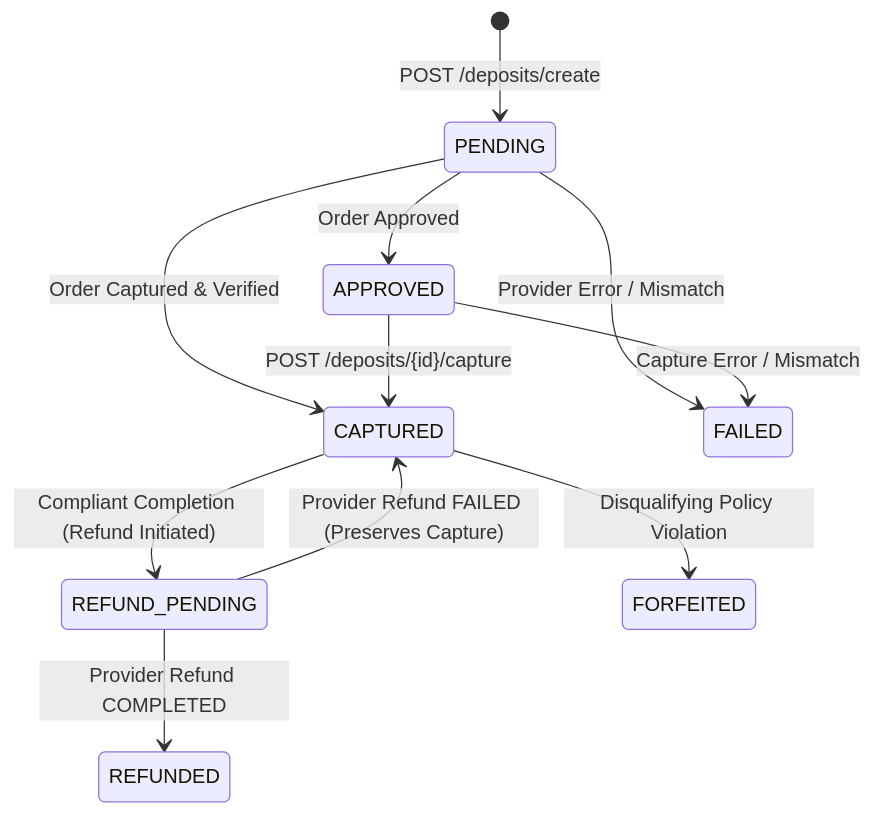
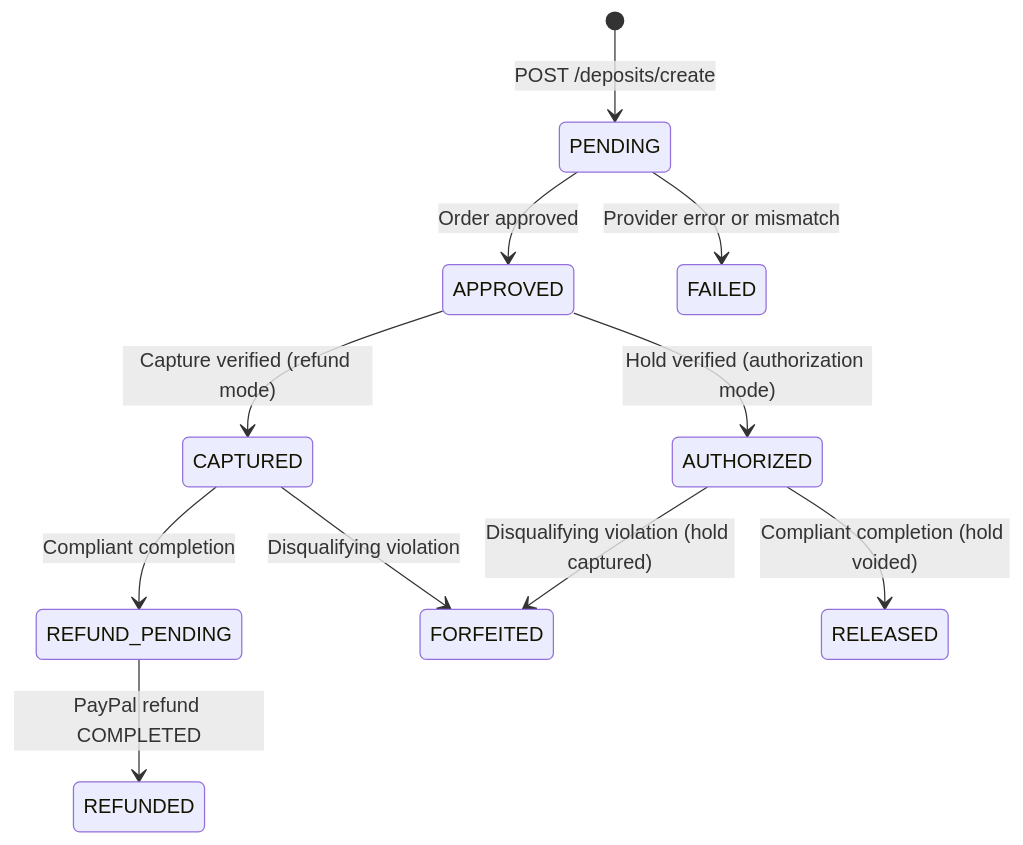
Before and after one commit to sartech-labs/Paypal-hackathon-idea-1: the second of 3 diagrams in README.md, drawn with Mermaid. The commit also changed other lines of this file and 2 other files, not shown here.

````diff
--- a/README.md
+++ b/README.md
@@ -224,13 +265,13 @@
 ```mermaid
 stateDiagram-v2
     [*] --> PENDING: POST /deposits/create
-    PENDING --> APPROVED: Order Approved
-    PENDING --> CAPTURED: Order Captured & Verified
-    APPROVED --> CAPTURED: POST /deposits/{id}/capture
-    PENDING --> FAILED: Provider Error / Mismatch
-    APPROVED --> FAILED: Capture Error / Mismatch
-    CAPTURED --> REFUND_PENDING: Compliant Completion (Refund Initiated)
-    REFUND_PENDING --> REFUNDED: Provider Refund COMPLETED
-    REFUND_PENDING --> CAPTURED: Provider Refund FAILED (Preserves Capture)
-    CAPTURED --> FORFEITED: Disqualifying Policy Violation
+    PENDING --> APPROVED: Order approved
+    APPROVED --> CAPTURED: Capture verified (refund mode)
+    APPROVED --> AUTHORIZED: Hold verified (authorization mode)
+    PENDING --> FAILED: Provider error or mismatch
+    CAPTURED --> REFUND_PENDING: Compliant completion
+    REFUND_PENDING --> REFUNDED: PayPal refund COMPLETED
+    CAPTURED --> FORFEITED: Disqualifying violation
+    AUTHORIZED --> RELEASED: Compliant completion (hold voided)
+    AUTHORIZED --> FORFEITED: Disqualifying violation (hold captured)
 ```
````
